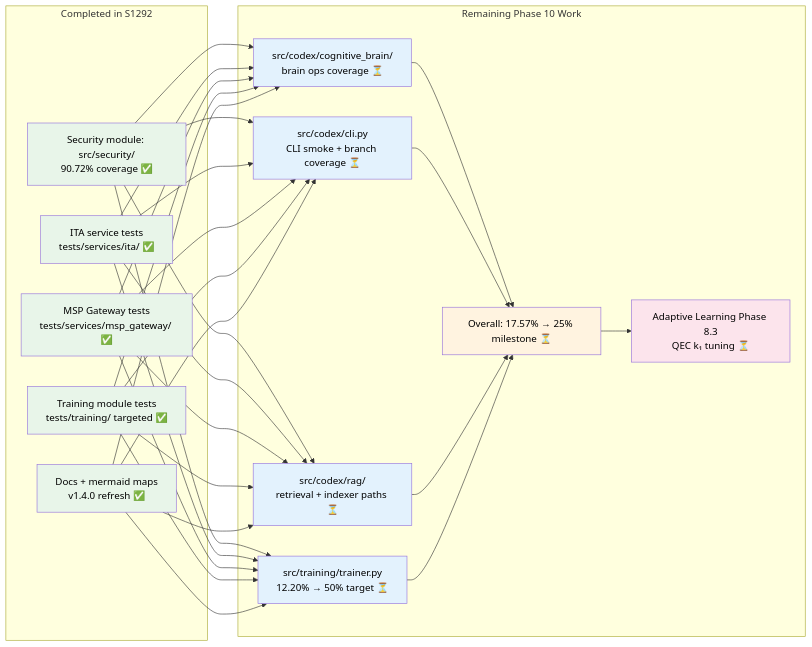
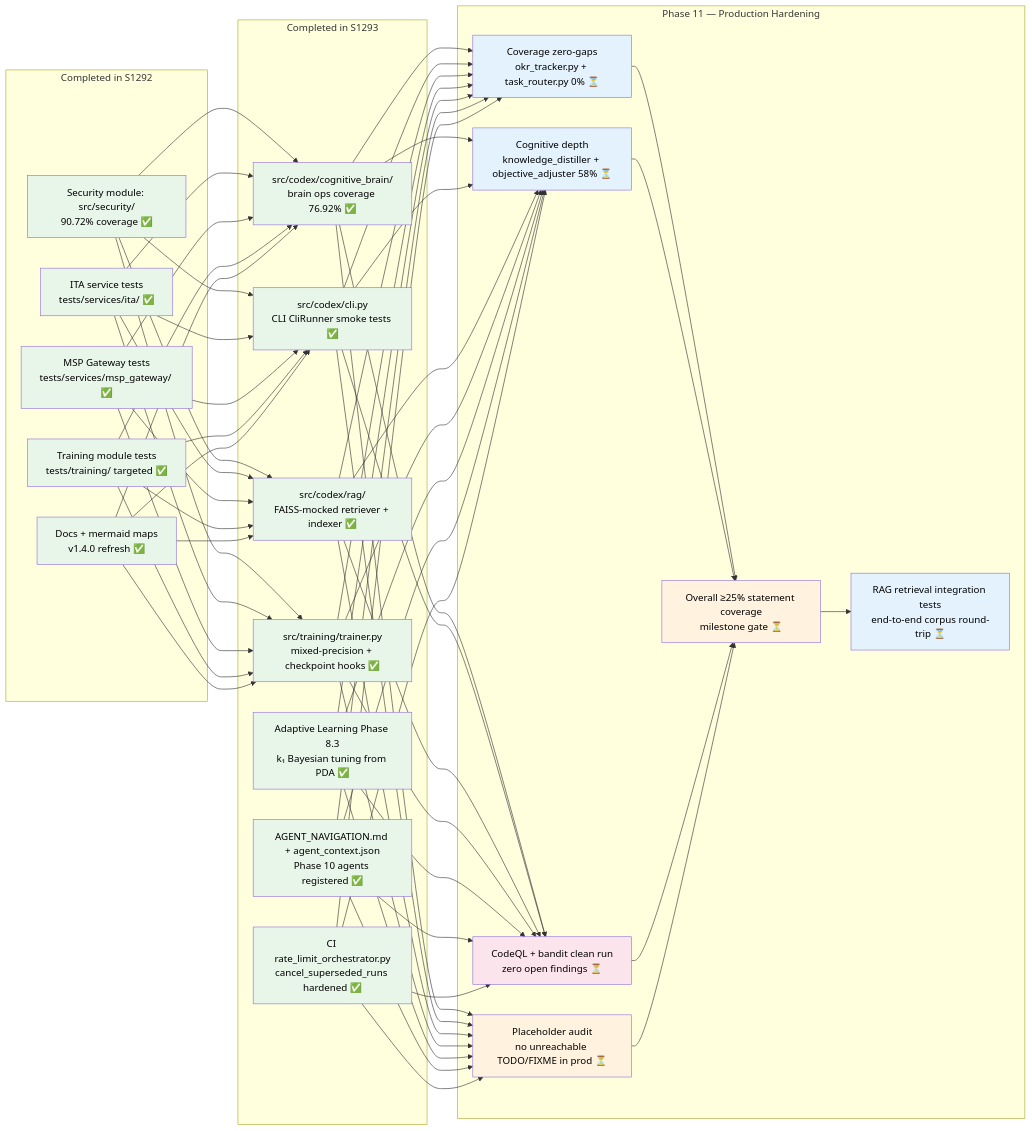
Before and after one commit to Aries-Serpent/_codex_: diagram 18 of 18 in docs/CODEBASE_MERMAID_MAPS.md, drawn with Mermaid. The commit also changed other lines of this file, not shown here.

Commit message:
docs: update Phase 10 completion markers and add Phase 11 continuation prompts (v1.5.0)

````diff
--- a/docs/CODEBASE_MERMAID_MAPS.md
+++ b/docs/CODEBASE_MERMAID_MAPS.md
@@ -783,34 +783,52 @@
 ```mermaid
 graph LR
     subgraph "Completed in S1292"
         S1A[Security module: src/security/\n90.72% coverage ✅]
         S1B[ITA service tests\ntests/services/ita/ ✅]
         S1C[MSP Gateway tests\ntests/services/msp_gateway/ ✅]
         S1D[Training module tests\ntests/training/ targeted ✅]
         S1E[Docs + mermaid maps\nv1.4.0 refresh ✅]
     end
 
-    subgraph "Remaining Phase 10 Work"
-        R1[src/codex/cognitive_brain/\nbrain ops coverage ⏳]
-        R2[src/codex/cli.py\nCLI smoke + branch coverage ⏳]
-        R3[src/codex/rag/\nretrieval + indexer paths ⏳]
-        R4[src/training/trainer.py\n12.20% → 50% target ⏳]
-        R5[Overall: 17.57% → 25% milestone ⏳]
-        R6[Adaptive Learning Phase 8.3\nQEC k₁ tuning ⏳]
+    subgraph "Completed in S1293"
+        P1[src/codex/cognitive_brain/\nbrain ops coverage 76.92% ✅]
+        P2[src/codex/cli.py\nCLI CliRunner smoke tests ✅]
+        P3[src/codex/rag/\nFAISS-mocked retriever + indexer ✅]
+        P4[src/training/trainer.py\nmixed-precision + checkpoint hooks ✅]
+        P5[Adaptive Learning Phase 8.3\nk₁ Bayesian tuning from PDA ✅]
+        P6[AGENT_NAVIGATION.md + agent_context.json\nPhase 10 agents registered ✅]
+        P7[CI rate_limit_orchestrator.py\ncancel_superseded_runs hardened ✅]
     end
 
-    S1A & S1B & S1C & S1D & S1E --> R1 & R2 & R3 & R4
-    R1 & R2 & R3 & R4 --> R5 --> R6
+    subgraph "Phase 11 — Production Hardening"
+        N1[Coverage zero-gaps\nokr_tracker.py + task_router.py 0% ⏳]
+        N2[Cognitive depth\nknowledge_distiller + objective_adjuster 58% ⏳]
+        N3[CodeQL + bandit clean run\nzero open findings ⏳]
+        N4[Placeholder audit\nno unreachable TODO/FIXME in prod ⏳]
+        N5[Overall ≥25% statement coverage\nmilestone gate ⏳]
+        N6[RAG retrieval integration tests\nend-to-end corpus round-trip ⏳]
+    end
+
+    S1A & S1B & S1C & S1D & S1E --> P1 & P2 & P3 & P4
+    P1 & P2 & P3 & P4 & P5 & P6 & P7 --> N1 & N2 & N3 & N4
+    N1 & N2 & N3 & N4 --> N5 --> N6
 
     style S1A fill:#e8f5e9,color:#000
     style S1B fill:#e8f5e9,color:#000
     style S1C fill:#e8f5e9,color:#000
     style S1D fill:#e8f5e9,color:#000
     style S1E fill:#e8f5e9,color:#000
-    style R1 fill:#e3f2fd,color:#000
-    style R2 fill:#e3f2fd,color:#000
-    style R3 fill:#e3f2fd,color:#000
-    style R4 fill:#e3f2fd,color:#000
-    style R5 fill:#fff3e0,color:#000
-    style R6 fill:#fce4ec,color:#000
+    style P1 fill:#e8f5e9,color:#000
+    style P2 fill:#e8f5e9,color:#000
+    style P3 fill:#e8f5e9,color:#000
+    style P4 fill:#e8f5e9,color:#000
+    style P5 fill:#e8f5e9,color:#000
+    style P6 fill:#e8f5e9,color:#000
+    style P7 fill:#e8f5e9,color:#000
+    style N1 fill:#e3f2fd,color:#000
+    style N2 fill:#e3f2fd,color:#000
+    style N3 fill:#fce4ec,color:#000
+    style N4 fill:#fff3e0,color:#000
+    style N5 fill:#fff3e0,color:#000
+    style N6 fill:#e3f2fd,color:#000
 ```
````
